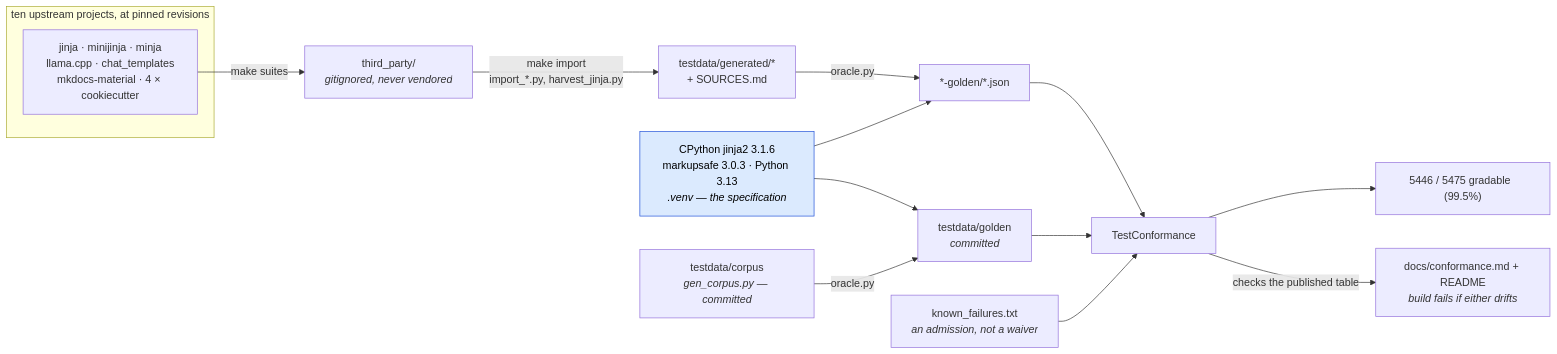
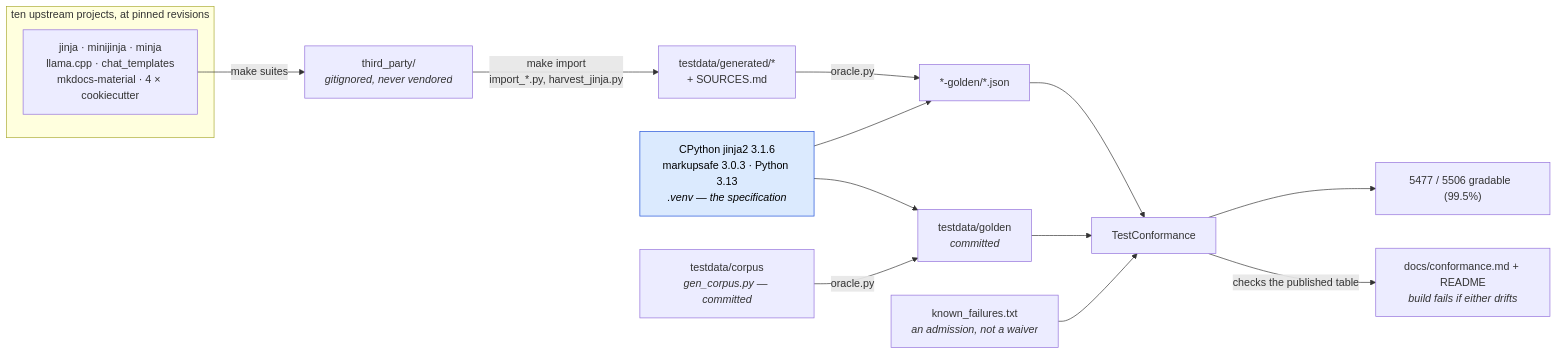
The first of 2 diagrams in docs/conformance.md (mgilbir/gojja2), drawn with Mermaid before and after one commit. The commit also changed other lines of this file and 102 other files, not shown here.

````diff
--- a/docs/conformance.md
+++ b/docs/conformance.md
@@ -17,24 +17,24 @@
 ```mermaid
 flowchart LR
     subgraph up["ten upstream projects, at pinned revisions"]
         U1["jinja · minijinja · minja<br/>llama.cpp · chat_templates<br/>mkdocs-material · 4 × cookiecutter"]
     end
     U1 -->|"make suites"| TP["third_party/<br/><i>gitignored, never vendored</i>"]
     TP -->|"make import<br/>import_*.py, harvest_jinja.py"| GEN["testdata/generated/*<br/>+ SOURCES.md"]
 
     ORA["CPython jinja2 3.1.6<br/>markupsafe 3.0.3 · Python 3.13<br/><i>.venv — the specification</i>"]
     GEN -->|"oracle.py"| G2["*-golden/*.json"]
     ORA --> G2
 
     OWN["testdata/corpus<br/><i>gen_corpus.py — committed</i>"] -->|"oracle.py"| G1["testdata/golden<br/><i>committed</i>"]
     ORA --> G1
 
     G1 --> TC["TestConformance"]
     G2 --> TC
     KF["known_failures.txt<br/><i>an admission, not a waiver</i>"] --> TC
-    TC --> RATE["5446 / 5475 gradable  (99.5%)"]
+    TC --> RATE["5477 / 5506 gradable  (99.5%)"]
     TC -->|"checks the published table"| RM["docs/conformance.md + README<br/><i>build fails if either drifts</i>"]
 
     classDef spec fill:#dbeafe,stroke:#1d4ed8,color:#000
     class ORA spec
 ```
````
